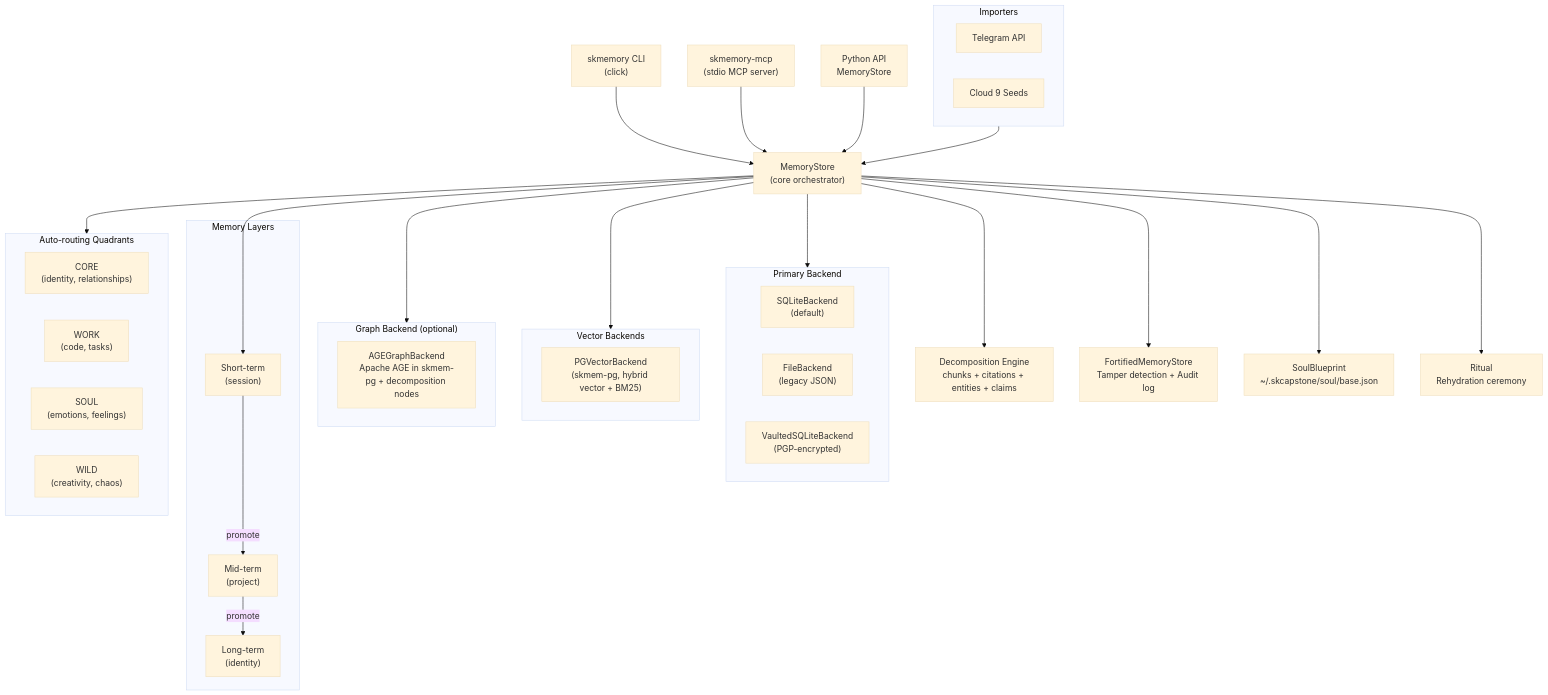
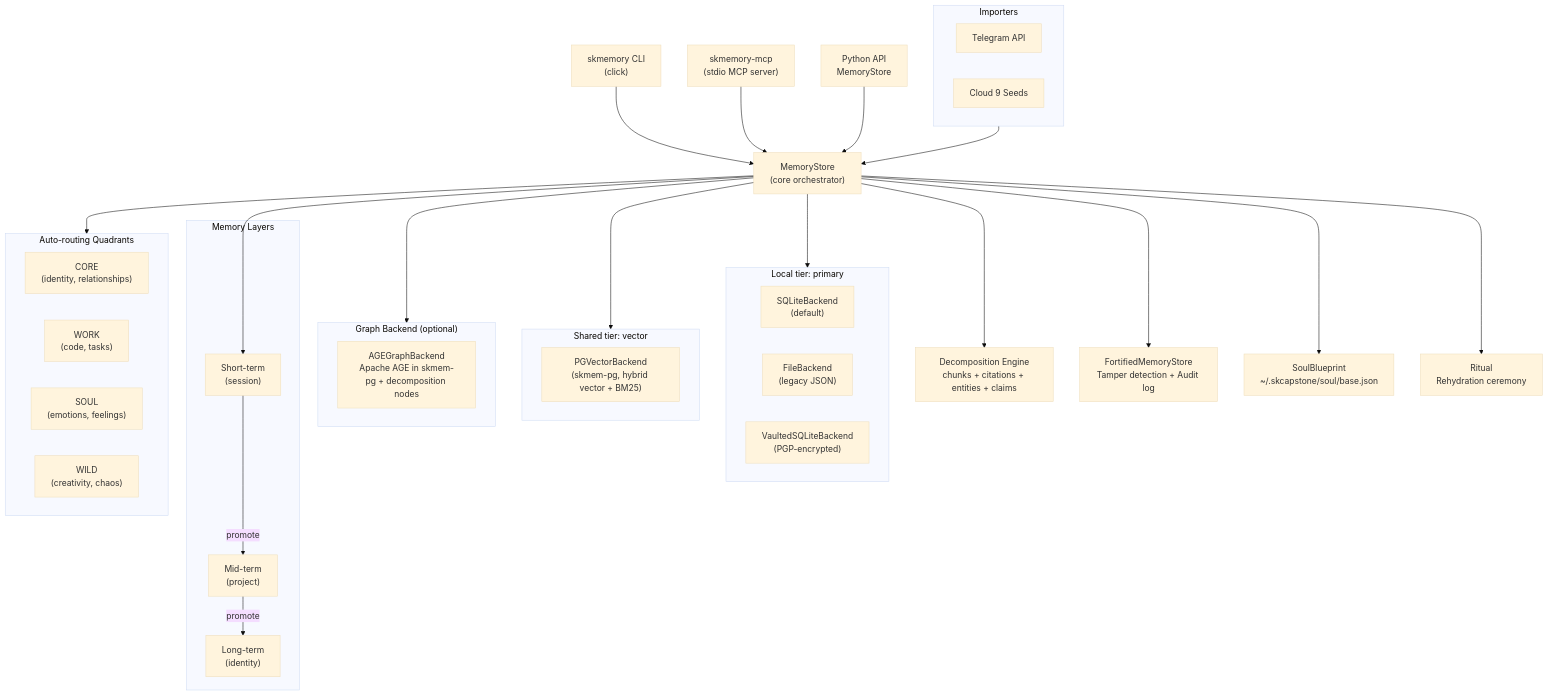
Before and after one commit to smilinTux/skmemory: the first of 2 diagrams in README.md, drawn with Mermaid (base theme). The commit also changed other lines of this file and 16 other files, not shown here.

First line of the commit message:
docs: truth pass over SKILL.md, README, SOP, ARCHITECTURE and the two-tier stack (SKMEM-P0-09, P5-06, P2-07)

````diff
--- a/README.md
+++ b/README.md
@@ -149,61 +149,61 @@
 ```mermaid
 flowchart TD
     CLI["skmemory CLI\n(click)"]
     MCP["skmemory-mcp\n(stdio MCP server)"]
     API["Python API\nMemoryStore"]
 
     CLI --> Store
     MCP --> Store
     API --> Store
 
     Store["MemoryStore\n(core orchestrator)"]
 
     Store --> Decompose["Decomposition Engine\nchunks + citations + entities + claims"]
     Store --> Primary
     Store --> Vector
     Store --> Graph
 
-    subgraph Primary["Primary Backend"]
+    subgraph Primary["Local tier: primary"]
         SQLite["SQLiteBackend\n(default)"]
         File["FileBackend\n(legacy JSON)"]
         Vaulted["VaultedSQLiteBackend\n(PGP-encrypted)"]
     end
 
-    subgraph Vector["Vector Backends"]
+    subgraph Vector["Shared tier: vector"]
         PG["PGVectorBackend\n(skmem-pg, hybrid vector + BM25)"]
     end
 
     subgraph Graph["Graph Backend (optional)"]
         AGE["AGEGraphBackend\nApache AGE in skmem-pg + decomposition nodes"]
     end
 
     Store --> Fortress["FortifiedMemoryStore\nTamper detection + Audit log"]
     Store --> Soul["SoulBlueprint\n~/.skcapstone/soul/base.json"]
     Store --> Ritual["Ritual\nRehydration ceremony"]
 
     subgraph Layers["Memory Layers"]
         Short["Short-term\n(session)"]
         Mid["Mid-term\n(project)"]
         Long["Long-term\n(identity)"]
     end
 
     Store --> Short
     Short -->|promote| Mid
     Mid -->|promote| Long
 
     subgraph Quadrants["Auto-routing Quadrants"]
         CORE["CORE\n(identity, relationships)"]
         WORK["WORK\n(code, tasks)"]
         SOUL["SOUL\n(emotions, feelings)"]
         WILD["WILD\n(creativity, chaos)"]
     end
 
     Store --> Quadrants
 
     subgraph Importers["Importers"]
         Telegram["Telegram API"]
         Seeds["Cloud 9 Seeds"]
     end
 
     Importers --> Store
 ```
````
